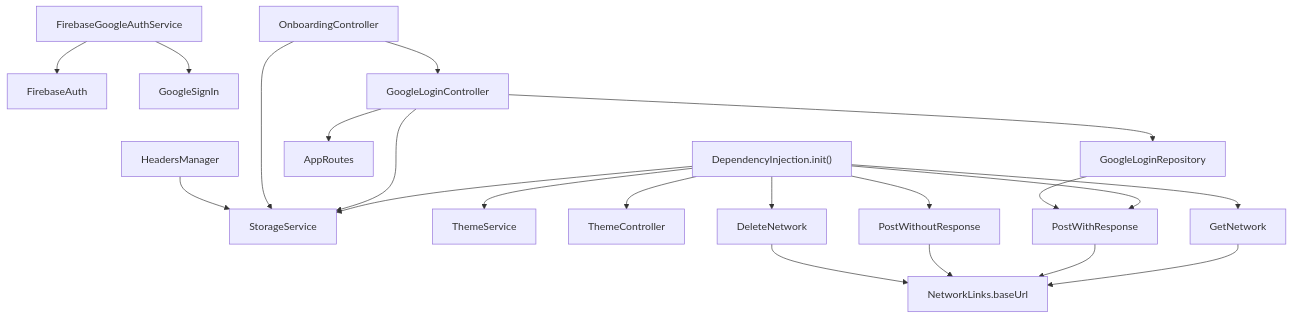
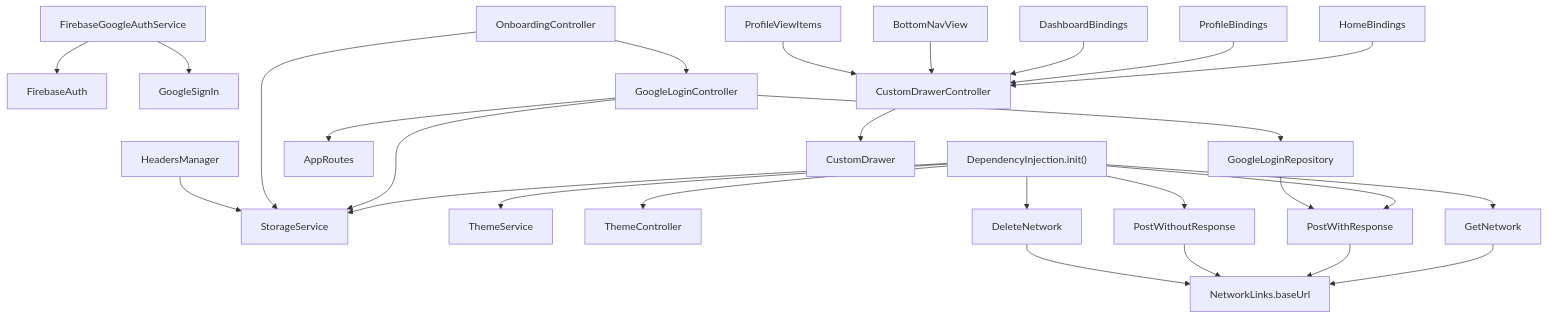
Before and after one commit to Ariful3111/FurniGo: the tenth of 13 diagrams in .qoder/repowiki/en/content/Architecture Overview/Dependency Injection System.md, drawn with Mermaid. The commit also changed other lines of this file and 8 other files, not shown here.

````diff
--- a/.qoder/repowiki/en/content/Architecture Overview/Dependency Injection System.md
+++ b/.qoder/repowiki/en/content/Architecture Overview/Dependency Injection System.md
@@ -414,23 +497,29 @@
 ```mermaid
 graph TB
 DI["DependencyInjection.init()"] --> SS["StorageService"]
 DI --> TS["ThemeService"]
 DI --> TC["ThemeController"]
 DI --> GN["GetNetwork"]
 DI --> PWR["PostWithResponse"]
 DI --> PWO["PostWithoutResponse"]
 DI --> DN["DeleteNetwork"]
 FB["FirebaseGoogleAuthService"] --> FA["FirebaseAuth"]
 FB --> GSI["GoogleSignIn"]
 GLC["GoogleLoginController"] --> GLR["GoogleLoginRepository"]
 GLR --> PWR
 GLC --> SS["StorageService"]
 GLC --> AR["AppRoutes"]
 OBC["OnboardingController"] --> GLC
 OBC --> SS
 HM["HeadersManager"] --> SS
 GN --> NL["NetworkLinks.baseUrl"]
 PWR --> NL
 PWO --> NL
 DN --> NL
+CDC["CustomDrawerController"] --> CD["CustomDrawer"]
+HB["HomeBindings"] --> CDC
+PB["ProfileBindings"] --> CDC
+DB["DashboardBindings"] --> CDC
+BNV["BottomNavView"] --> CDC
+PVW["ProfileViewItems"] --> CDC
 ```
````
